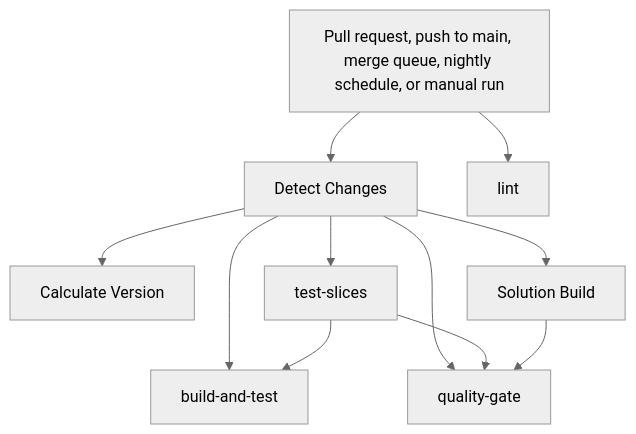
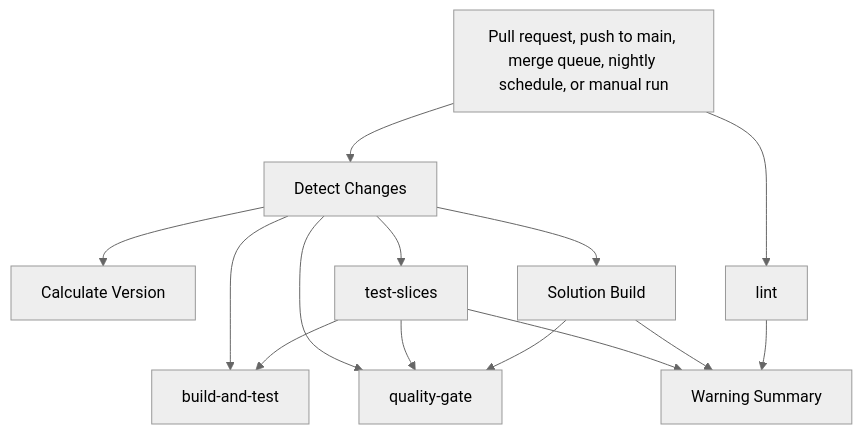
The first of 3 diagrams in docs/architecture/ci-validation-flows.md (danigutsch/ViajantesTurismo), drawn with Mermaid (neutral theme) before and after one commit. The commit also changed 63 other files, not shown here.

First line of the commit message:
ci: publish one warning summary for every required job and record accepted exceptions (#1283)

````diff
--- a/docs/architecture/ci-validation-flows.md
+++ b/docs/architecture/ci-validation-flows.md
@@ -20,21 +20,25 @@
 ```mermaid
 flowchart TB
     trigger[Pull request, push to main, merge queue, nightly schedule, or manual run]
     detect_changes[Detect Changes]
     calculate_version[Calculate Version]
     test_slices[test-slices]
     build_and_test[build-and-test]
     solution_build[Solution Build]
     quality_gate[quality-gate]
+    warning_summary[Warning Summary]
     lint[lint]
     trigger --> detect_changes
     detect_changes --> calculate_version
     detect_changes --> test_slices
     detect_changes --> build_and_test
     test_slices --> build_and_test
     detect_changes --> solution_build
     detect_changes --> quality_gate
     test_slices --> quality_gate
     solution_build --> quality_gate
+    test_slices --> warning_summary
+    solution_build --> warning_summary
+    lint --> warning_summary
     trigger --> lint
 ```
````
